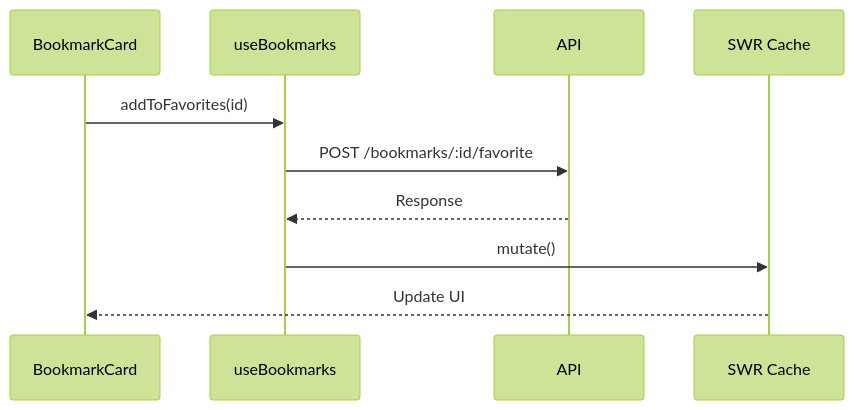
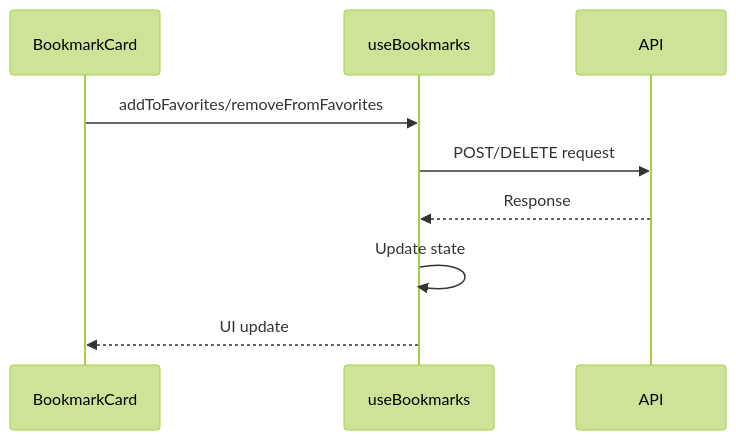
One commit to ryosuke-horie/yomimono changed the first of 2 diagrams in docs/features/favorites/04_frontend_design.md. Above: the diagram before and after it, drawn with Mermaid (forest theme). The commit also changed other lines of this file and 3 other files, not shown here.

````diff
--- a/docs/features/favorites/04_frontend_design.md
+++ b/docs/features/favorites/04_frontend_design.md
@@ -229,13 +130,8 @@
-   ```mermaid
-   sequenceDiagram
-   participant UI as BookmarkCard
-   participant Hook as useBookmarks
-   participant API
-   participant Cache as SWR Cache
-
-   UI->>Hook: addToFavorites(id)
-   Hook->>API: POST /bookmarks/:id/favorite
-   API-->>Hook: Response
-   Hook->>Cache: mutate()
-   Cache-->>UI: Update UI
-   ```
+```mermaid
+sequenceDiagram
+    BookmarkCard->>useBookmarks: addToFavorites/removeFromFavorites
+    useBookmarks->>API: POST/DELETE request
+    API-->>useBookmarks: Response
+    useBookmarks->>useBookmarks: Update state
+    useBookmarks-->>BookmarkCard: UI update
+```
````
